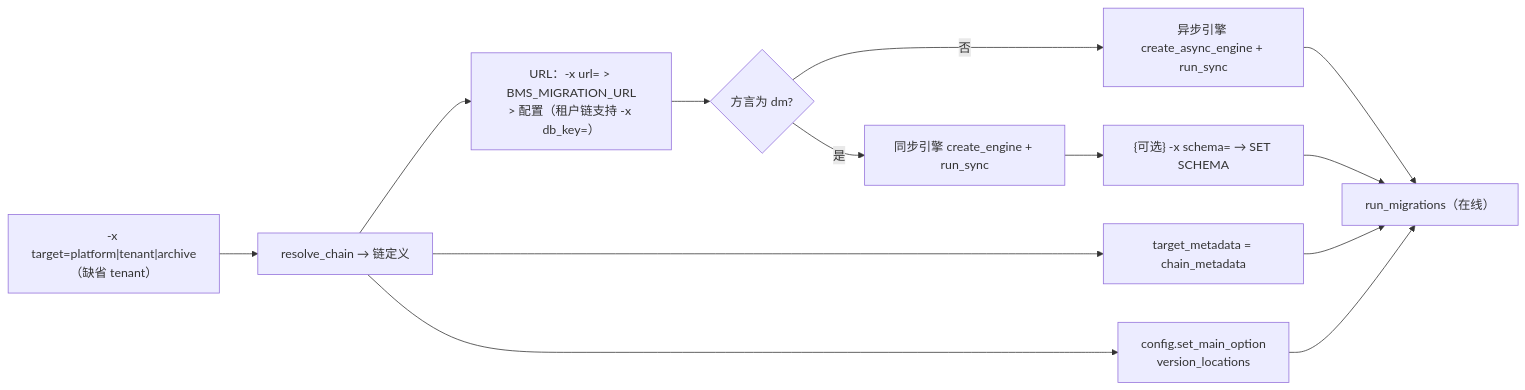
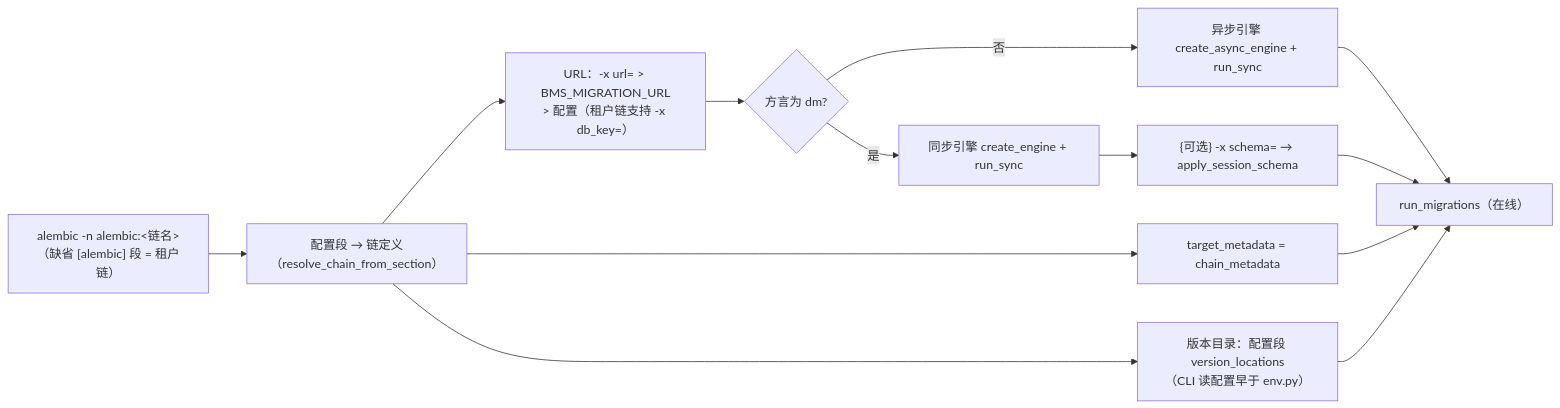
One commit to minjian123/basic-management-system changed the first of 4 diagrams in bms文档/项目/02_后端基座与服务化地基/任务/01_后端基座真实实现/01_后端基座真实实现_04_Alembic 迁移与排序 DB 侧/设计/01_详细设计_04_Alembic 迁移与排序 DB 侧.md. Above: the diagram before and after it, drawn with Mermaid. The commit also changed other lines of this file and 23 other files, not shown here.

````diff
--- a/bms文档/项目/02_后端基座与服务化地基/任务/01_后端基座真实实现/01_后端基座真实实现_04_Alembic 迁移与排序 DB 侧/设计/01_详细设计_04_Alembic 迁移与排序 DB 侧.md
+++ b/bms文档/项目/02_后端基座与服务化地基/任务/01_后端基座真实实现/01_后端基座真实实现_04_Alembic 迁移与排序 DB 侧/设计/01_详细设计_04_Alembic 迁移与排序 DB 侧.md
@@ -141,15 +141,15 @@
 ```mermaid
 flowchart LR
-    A["-x target=platform|tenant|archive<br/>（缺省 tenant）"] --> B["resolve_chain → 链定义"]
-    B --> C["config.set_main_option<br/>version_locations"]
+    A["alembic -n alembic:&lt;链名&gt;<br/>（缺省 [alembic] 段 = 租户链）"] --> B["配置段 → 链定义<br/>（resolve_chain_from_section）"]
+    B --> C["版本目录：配置段 version_locations<br/>（CLI 读配置早于 env.py）"]
     B --> D["target_metadata = chain_metadata"]
     B --> E["URL：-x url= &gt; BMS_MIGRATION_URL<br/>&gt; 配置（租户链支持 -x db_key=）"]
     E --> F{"方言为 dm?"}
     F -- 是 --> G["同步引擎 create_engine + run_sync"]
     F -- 否 --> H["异步引擎 create_async_engine + run_sync"]
-    G --> I["{可选} -x schema= → SET SCHEMA"]
+    G --> I["{可选} -x schema= → apply_session_schema"]
     H --> J["run_migrations（在线）"]
     I --> J
     D --> J
     C --> J
 ```
````
